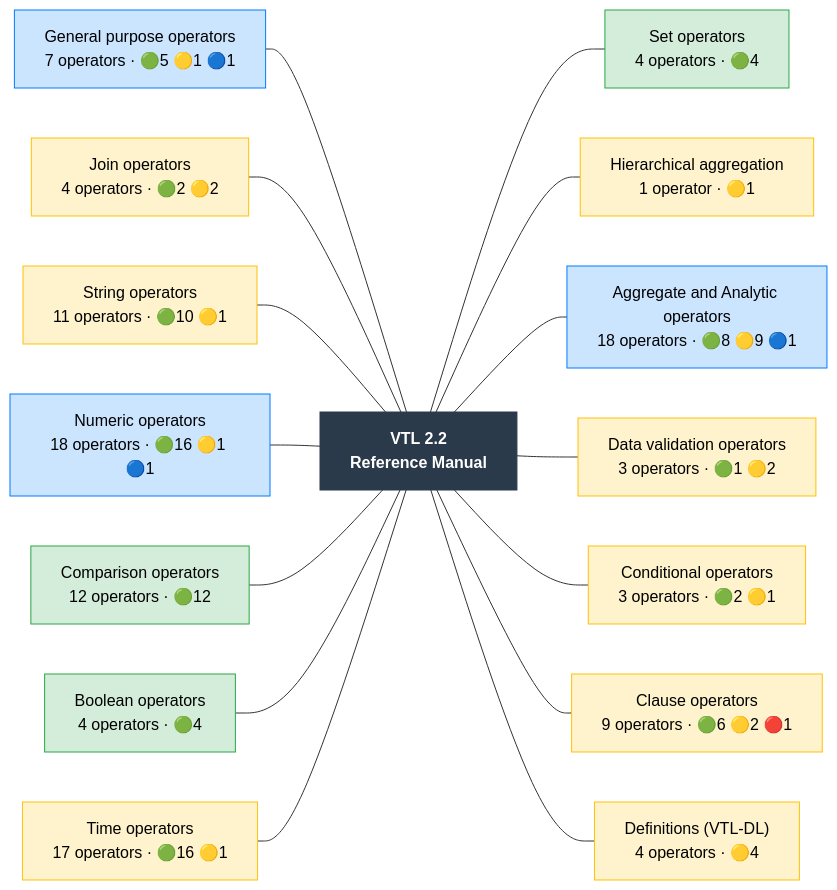
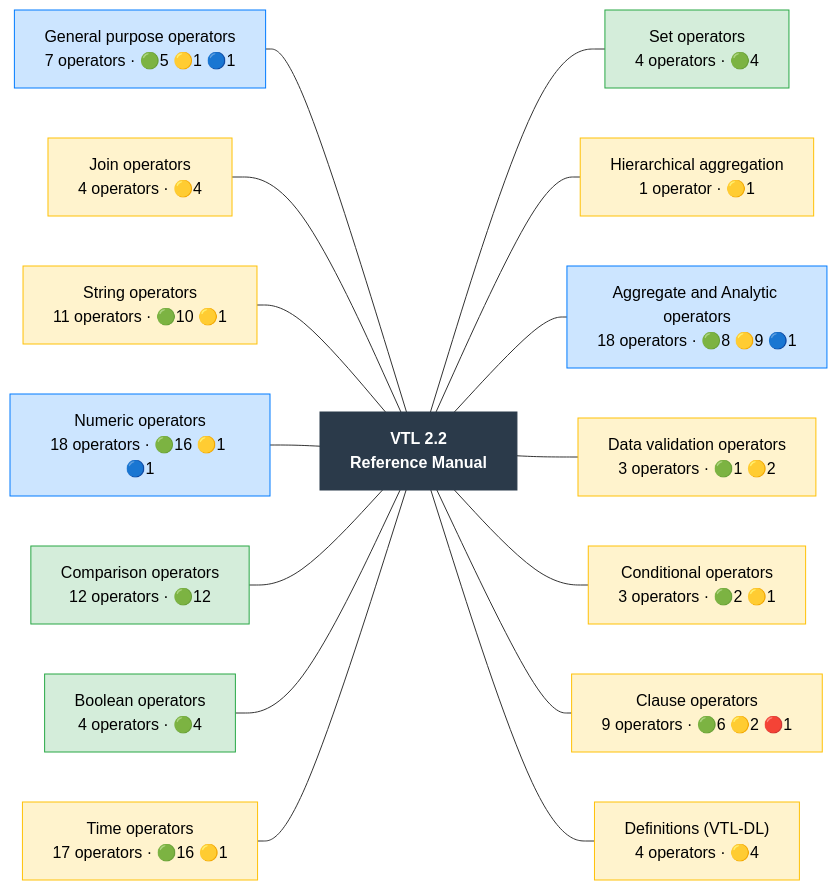
The diagram in docs/operator_map/overview.rst (Meaningful-Data/vtlengine), drawn with Mermaid before and after one commit. The commit also changed other lines of this file and 107 other files, not shown here.

```diff
--- a/docs/operator_map/overview.rst
+++ b/docs/operator_map/overview.rst
@@ -17,54 +17,54 @@
 .. mermaid::
    :config: {"flowchart": {"useMaxWidth": false}}
 
    flowchart LR
        classDef ok fill:#d4edda,stroke:#28a745,color:#000
        classDef partial fill:#fff3cd,stroke:#ffc107,color:#000
        classDef refused fill:#d4edda,stroke:#28a745,stroke-width:3px,stroke-dasharray: 2 2,color:#000
        classDef missing fill:#f8d7da,stroke:#dc3545,color:#000
        classDef diverge fill:#cce5ff,stroke:#007bff,color:#000
        classDef block fill:#2b3a4a,stroke:#2b3a4a,color:#fff,font-weight:bold
        classDef ext fill:#fff,stroke:#666,color:#000,stroke-dasharray: 5 5
        R["VTL 2.2<br/>Reference Manual"]:::block
        chapter__general["General purpose operators<br/>7 operators · 🟢5 🟡1 🔵1"]:::diverge
-       chapter__join["Join operators<br/>4 operators · 🟢2 🟡2"]:::partial
+       chapter__join["Join operators<br/>4 operators · 🟡4"]:::partial
        chapter__string["String operators<br/>11 operators · 🟢10 🟡1"]:::partial
        chapter__numeric["Numeric operators<br/>18 operators · 🟢16 🟡1 🔵1"]:::diverge
        chapter__comparison["Comparison operators<br/>12 operators · 🟢12"]:::ok
        chapter__boolean["Boolean operators<br/>4 operators · 🟢4"]:::ok
        chapter__time["Time operators<br/>17 operators · 🟢16 🟡1"]:::partial
        chapter__set["Set operators<br/>4 operators · 🟢4"]:::ok
        chapter__hierarchy["Hierarchical aggregation<br/>1 operator · 🟡1"]:::partial
        chapter__aggregate["Aggregate and Analytic operators<br/>18 operators · 🟢8 🟡9 🔵1"]:::diverge
        chapter__validation["Data validation operators<br/>3 operators · 🟢1 🟡2"]:::partial
        chapter__conditional["Conditional operators<br/>3 operators · 🟢2 🟡1"]:::partial
        chapter__clause["Clause operators<br/>9 operators · 🟢6 🟡2 🔴1"]:::partial
        chapter__definitions["Definitions (VTL-DL)<br/>4 operators · 🟡4"]:::partial
        chapter__general --- R
        chapter__join --- R
        chapter__string --- R
        chapter__numeric --- R
        chapter__comparison --- R
        chapter__boolean --- R
        chapter__time --- R
        R --- chapter__set
        R --- chapter__hierarchy
        R --- chapter__aggregate
        R --- chapter__validation
        R --- chapter__conditional
        R --- chapter__clause
        R --- chapter__definitions
        click chapter__general href "general/index.html"
        click chapter__join href "join/index.html"
        click chapter__string href "string/index.html"
        click chapter__numeric href "numeric/index.html"
        click chapter__comparison href "comparison/index.html"
        click chapter__boolean href "boolean/index.html"
        click chapter__time href "time/index.html"
        click chapter__set href "set/index.html"
        click chapter__hierarchy href "hierarchy/index.html"
        click chapter__aggregate href "aggregate/index.html"
        click chapter__validation href "validation/index.html"
        click chapter__conditional href "conditional/index.html"
        click chapter__clause href "clause/index.html"
        click chapter__definitions href "definitions/index.html"
```
